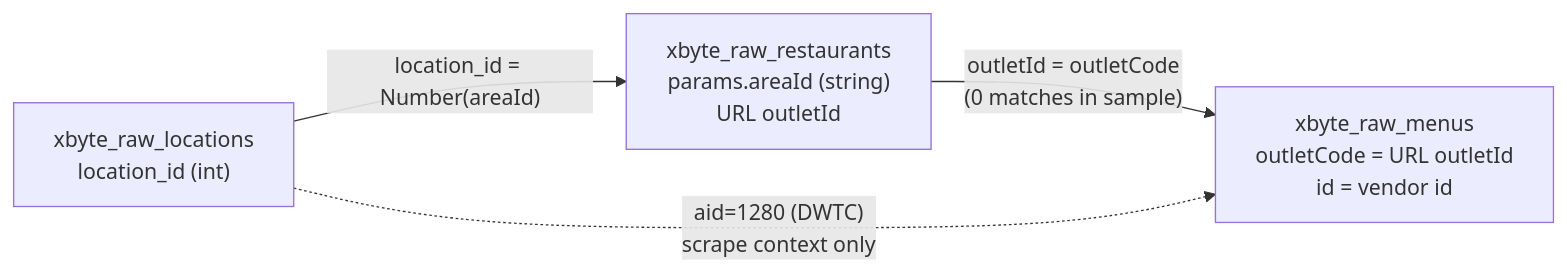
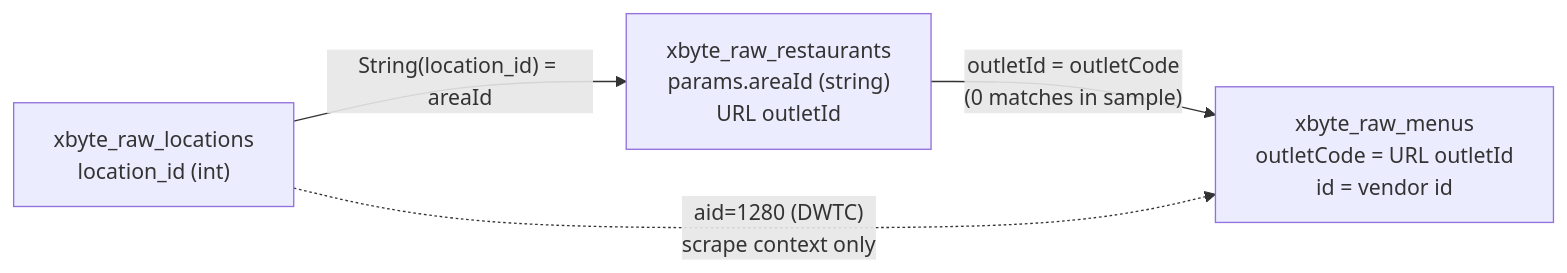
The first of 2 diagrams in docs/DATA_ANALYSIS.md (Scorpi35/sharkhood-technical-assignment), drawn with Mermaid before and after one commit. The commit also changed other lines of this file and 31 other files, not shown here.

````diff
--- a/docs/DATA_ANALYSIS.md
+++ b/docs/DATA_ANALYSIS.md
@@ -152,9 +152,9 @@
 ```mermaid
 flowchart LR
     L["xbyte_raw_locations<br/>location_id (int)"]
     R["xbyte_raw_restaurants<br/>params.areaId (string)<br/>URL outletId"]
     M["xbyte_raw_menus<br/>outletCode = URL outletId<br/>id = vendor id"]
-    L -- "location_id = Number(areaId)" --> R
+    L -- "String(location_id) = areaId" --> R
     R -- "outletId = outletCode<br/>(0 matches in sample)" --> M
     L -. "aid=1280 (DWTC)<br/>scrape context only" .-> M
 ```
````
